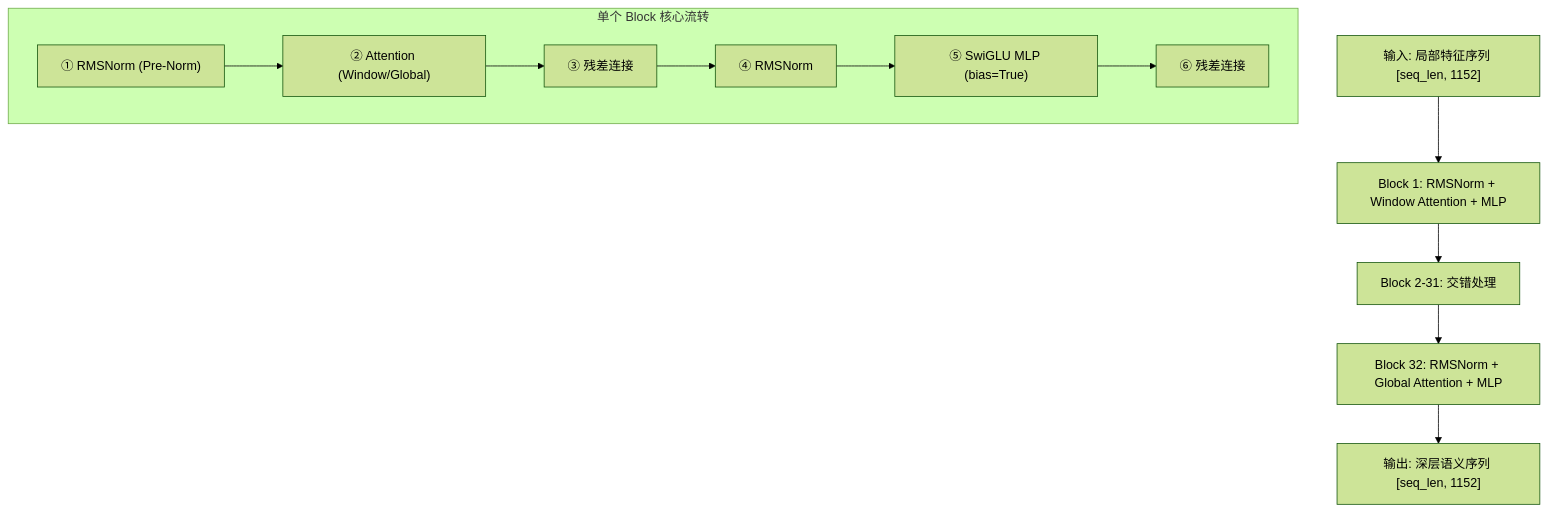
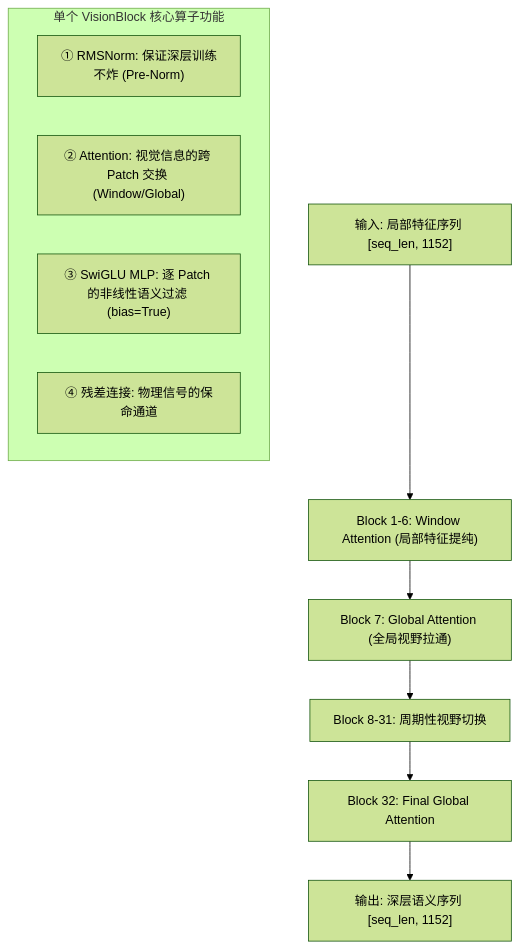
The fourth of 4 diagrams in wiki/synthesis/qwen2.5_vl_深度剖析学习指南.md (pokemonAndCodeMaster/llm_knowledge_base), drawn with Mermaid (forest theme) before and after one commit. The commit also changed other lines of this file and 3 other files, not shown here.

````diff
--- a/wiki/synthesis/qwen2.5_vl_深度剖析学习指南.md
+++ b/wiki/synthesis/qwen2.5_vl_深度剖析学习指南.md
@@ -257,15 +257,15 @@
 ```mermaid
 graph TD
-    A["输入: 局部特征序列 [seq_len, 1152]"] --> B["Block 1: RMSNorm + Window Attention + MLP"]
-    B --> C["Block 2-31: 交错处理"]
-    C --> D["Block 32: RMSNorm + Global Attention + MLP"]
-    D --> E["输出: 深层语义序列 [seq_len, 1152]"]
+    A["输入: 局部特征序列 [seq_len, 1152]"] --> B["Block 1-6: Window Attention (局部特征提纯)"]
+    B --> C["Block 7: Global Attention (全局视野拉通)"]
+    C --> D["Block 8-31: 周期性视野切换"]
+    D --> E["Block 32: Final Global Attention"]
+    E --> F["输出: 深层语义序列 [seq_len, 1152]"]
     
-    subgraph "单个 Block 核心流转"
-        N1["① RMSNorm (Pre-Norm)"] --> ATT["② Attention (Window/Global)"]
-        ATT --> ADD1["③ 残差连接"]
-        ADD1 --> N2["④ RMSNorm"]
-        N2 --> MLP["⑤ SwiGLU MLP (bias=True)"]
-        MLP --> ADD2["⑥ 残差连接"]
+    subgraph "单个 VisionBlock 核心算子功能"
+        N1["① RMSNorm: 保证深层训练不炸 (Pre-Norm)"] 
+        ATT["② Attention: 视觉信息的跨 Patch 交换 (Window/Global)"]
+        MLP["③ SwiGLU MLP: 逐 Patch 的非线性语义过滤 (bias=True)"]
+        RES["④ 残差连接: 物理信号的保命通道"]
     end
 ```
````
